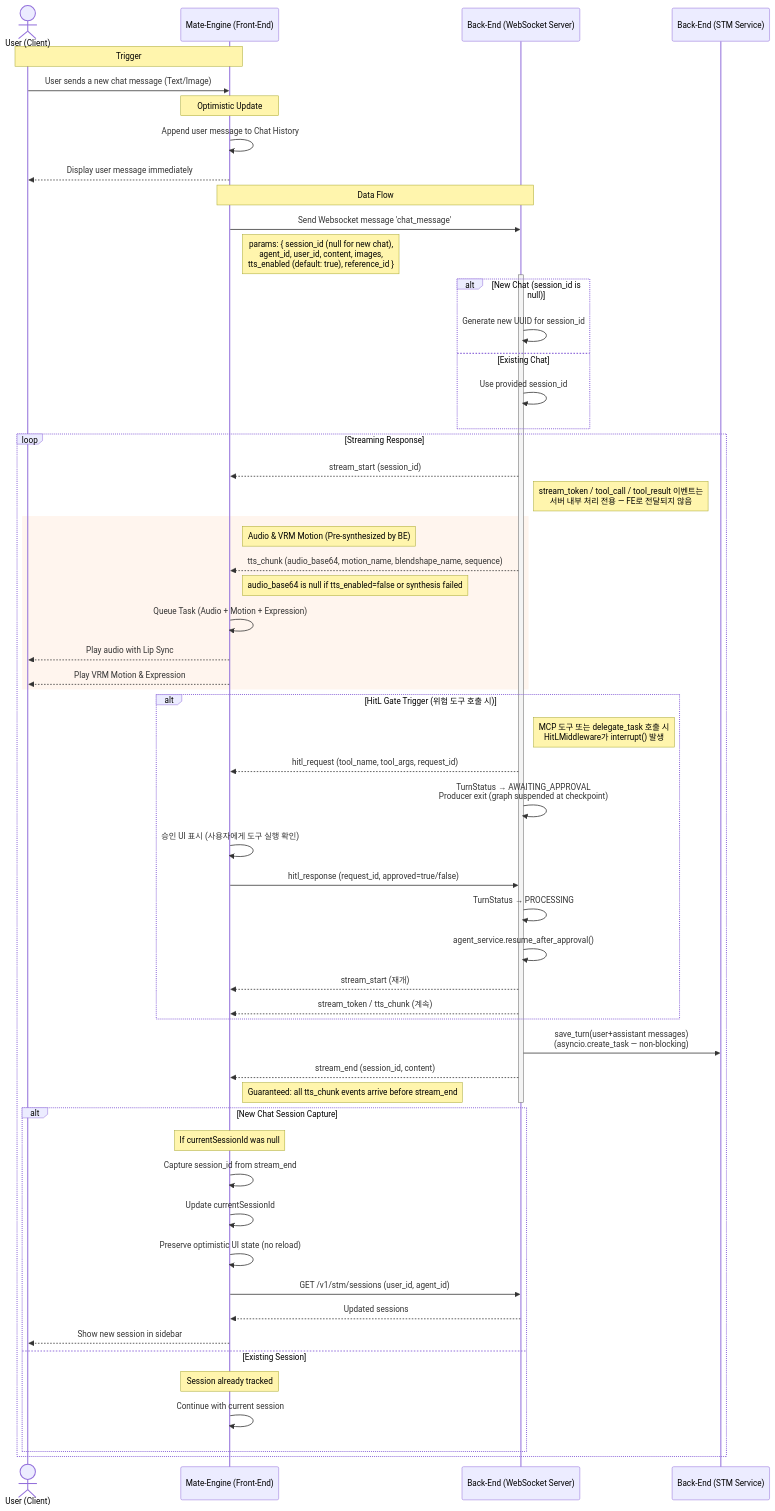
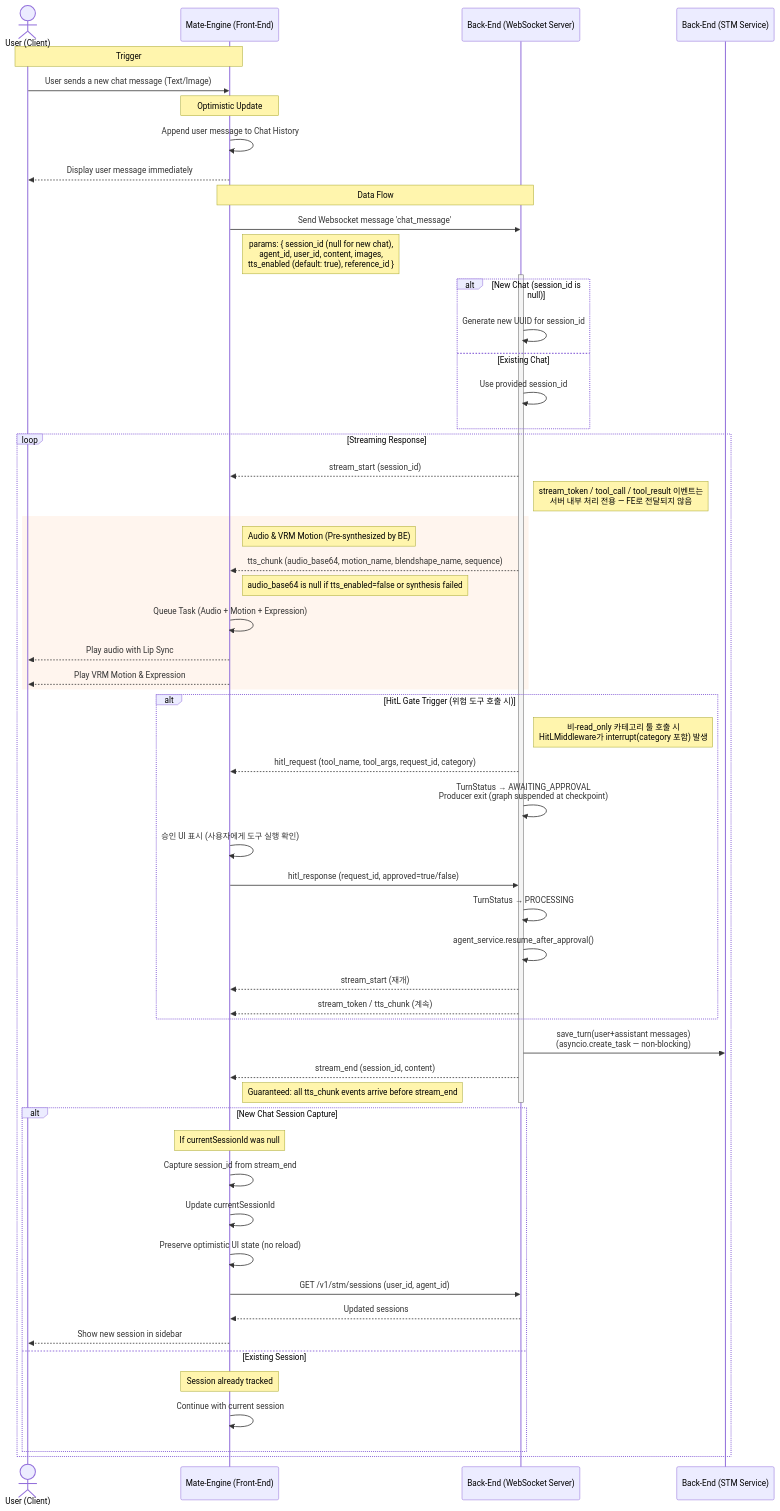
One commit to yw0nam/DesktopMatePlus changed the diagram in docs/data_flow/chat/ADD_CHAT_MESSAGE.md. Above: the diagram before and after it, drawn with Mermaid. The commit also changed other lines of this file and 2 other files, not shown here.

Commit message:
docs: update HitL data flow for Phase 2 category system

````diff
--- a/docs/data_flow/chat/ADD_CHAT_MESSAGE.md
+++ b/docs/data_flow/chat/ADD_CHAT_MESSAGE.md
@@ -20,70 +20,70 @@
 ```mermaid
 sequenceDiagram
     actor User as User (Client)
     participant FE as Mate-Engine (Front-End)
     participant BE as Back-End (WebSocket Server)
     participant STM as Back-End (STM Service)
 
     Note over User, FE: Trigger
     User->>FE: User sends a new chat message (Text/Image)
 
     Note over FE: Optimistic Update
     FE->>FE: Append user message to Chat History
     FE-->>User: Display user message immediately
 
     Note over FE, BE: Data Flow
     FE->>BE: Send Websocket message 'chat_message'
     Note right of FE: params: { session_id (null for new chat),<br/>agent_id, user_id, content, images,<br/>tts_enabled (default: true), reference_id }
 
     activate BE
 
     alt New Chat (session_id is null)
         BE->>BE: Generate new UUID for session_id
     else Existing Chat
         BE->>BE: Use provided session_id
     end
 
     loop Streaming Response
         BE-->>FE: stream_start (session_id)
 
         Note right of BE: stream_token / tool_call / tool_result 이벤트는<br/>서버 내부 처리 전용 — FE로 전달되지 않음
         rect rgb(255, 245, 238)
             note right of FE: Audio & VRM Motion (Pre-synthesized by BE)
             BE-->>FE: tts_chunk (audio_base64, motion_name, blendshape_name, sequence)
             Note right of FE: audio_base64 is null if tts_enabled=false or synthesis failed
             FE->>FE: Queue Task (Audio + Motion + Expression)
             FE-->>User: Play audio with Lip Sync
             FE-->>User: Play VRM Motion & Expression
         end
 
         alt HitL Gate Trigger (위험 도구 호출 시)
-            Note right of BE: MCP 도구 또는 delegate_task 호출 시<br/>HitLMiddleware가 interrupt() 발생
-            BE-->>FE: hitl_request (tool_name, tool_args, request_id)
+            Note right of BE: 비-read_only 카테고리 툴 호출 시<br/>HitLMiddleware가 interrupt(category 포함) 발생
+            BE-->>FE: hitl_request (tool_name, tool_args, request_id, category)
             BE->>BE: TurnStatus → AWAITING_APPROVAL<br/>Producer exit (graph suspended at checkpoint)
             FE->>FE: 승인 UI 표시 (사용자에게 도구 실행 확인)
             FE->>BE: hitl_response (request_id, approved=true/false)
             BE->>BE: TurnStatus → PROCESSING
             BE->>BE: agent_service.resume_after_approval()
             BE-->>FE: stream_start (재개)
             BE-->>FE: stream_token / tts_chunk (계속)
         end
 
         BE->>STM: save_turn(user+assistant messages)<br/>(asyncio.create_task — non-blocking)
         BE-->>FE: stream_end (session_id, content)
         Note right of FE: Guaranteed: all tts_chunk events arrive before stream_end
         deactivate BE
 
         alt New Chat Session Capture
             Note over FE: If currentSessionId was null
             FE->>FE: Capture session_id from stream_end
             FE->>FE: Update currentSessionId
             FE->>FE: Preserve optimistic UI state (no reload)
             FE->>BE: GET /v1/stm/sessions (user_id, agent_id)
             BE-->>FE: Updated sessions
             FE-->>User: Show new session in sidebar
         else Existing Session
             Note over FE: Session already tracked
             FE->>FE: Continue with current session
         end
     end
 ```
````
